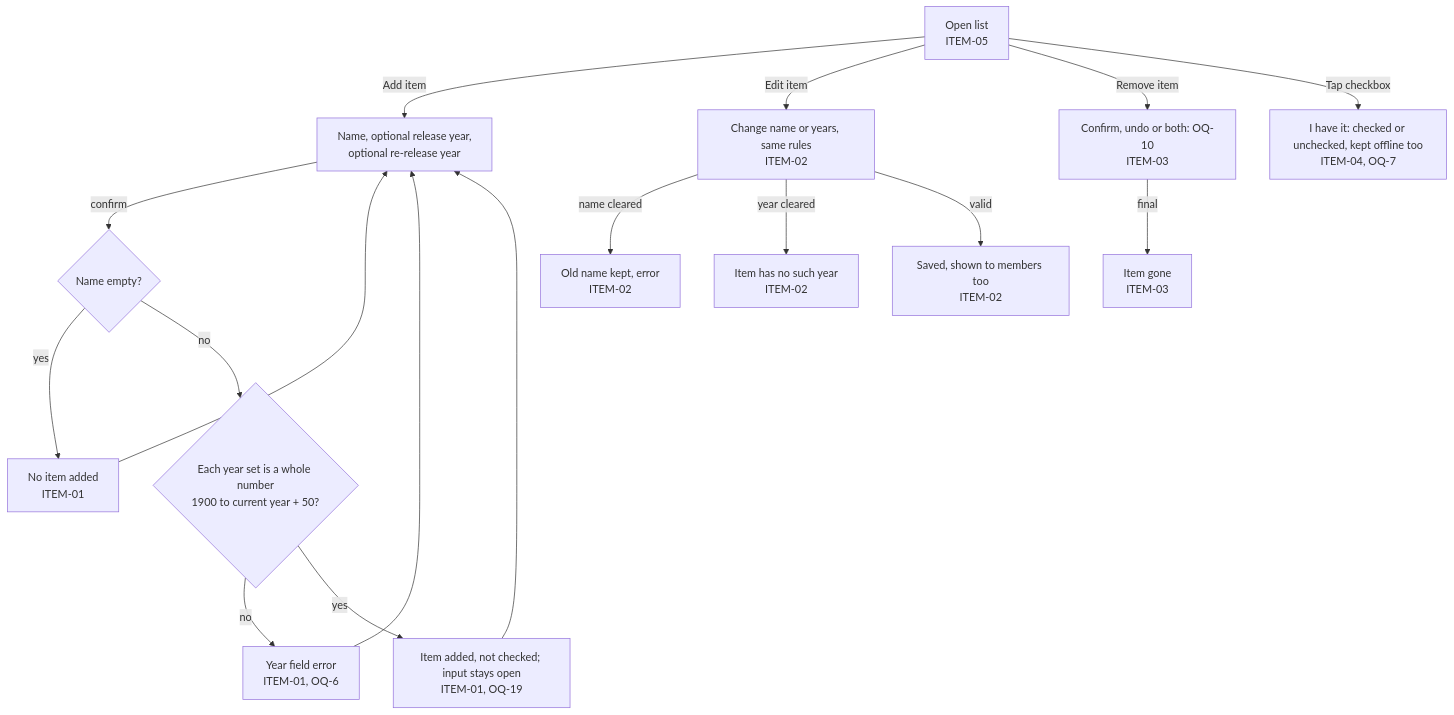
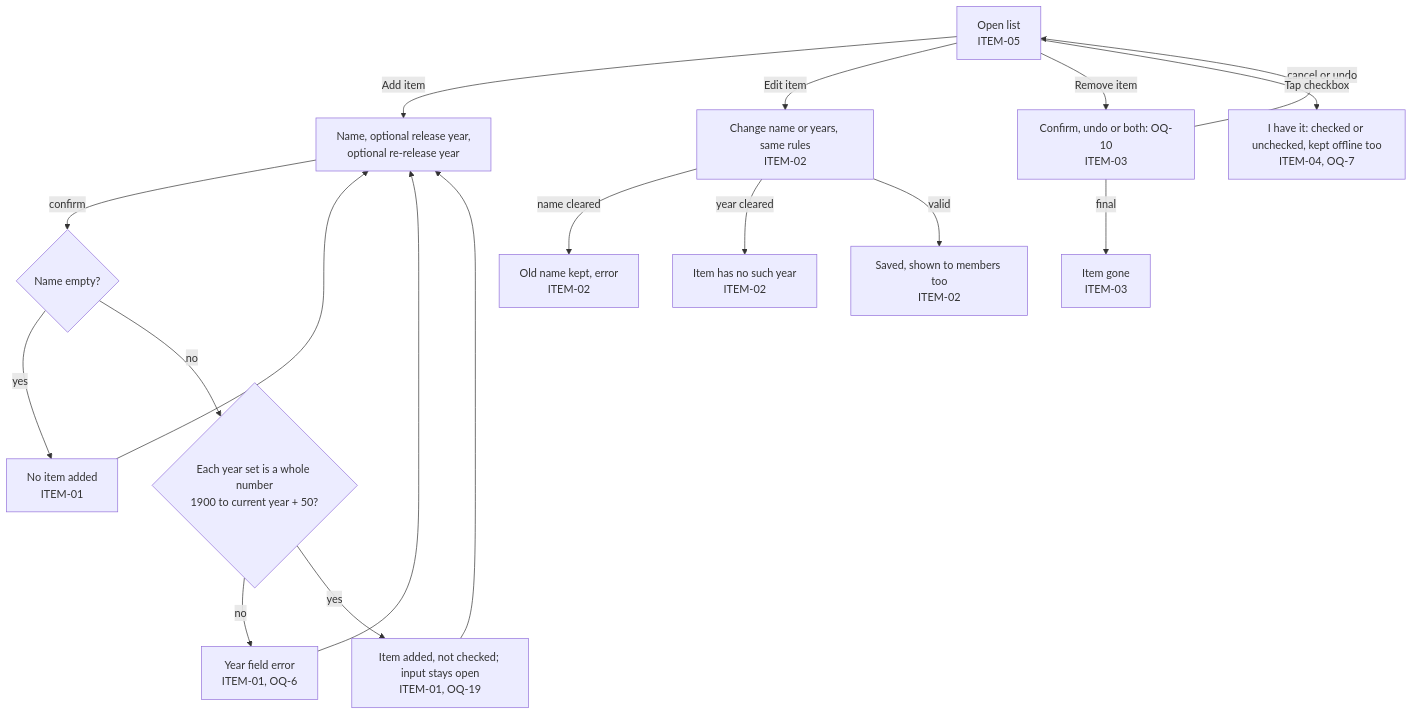
The sixth of 10 diagrams in docs/product/flow.md (bondo/listicles2), drawn with Mermaid before and after one commit. The commit also changed other lines of this file, not shown here.

````diff
--- a/docs/product/flow.md
+++ b/docs/product/flow.md
@@ -149,17 +159,18 @@
 ```mermaid
 flowchart TD
     open["Open list<br>ITEM-05"] -- "Add item" --> input["Name, optional release year,<br>optional re-release year"]
     input -- "confirm" --> iname{"Name empty?"}
     iname -- "yes" --> noadd["No item added<br>ITEM-01"] --> input
     iname -- "no" --> years{"Each year set is a whole number<br>1900 to current year + 50?"}
     years -- "no" --> yerr["Year field error<br>ITEM-01, OQ-6"] --> input
     years -- "yes" --> added["Item added, not checked; input stays open<br>ITEM-01, OQ-19"]
     added --> input
     open -- "Edit item" --> edit["Change name or years, same rules<br>ITEM-02"]
     edit -- "name cleared" --> keep["Old name kept, error<br>ITEM-02"]
     edit -- "year cleared" --> noyear["Item has no such year<br>ITEM-02"]
     edit -- "valid" --> saved["Saved, shown to members too<br>ITEM-02"]
     open -- "Remove item" --> rem["Confirm, undo or both: OQ-10<br>ITEM-03"]
+    rem -- "cancel or undo" --> open
     rem -- "final" --> rgone["Item gone<br>ITEM-03"]
     open -- "Tap checkbox" --> toggle["I have it: checked or unchecked, kept offline too<br>ITEM-04, OQ-7"]
 ```
````
